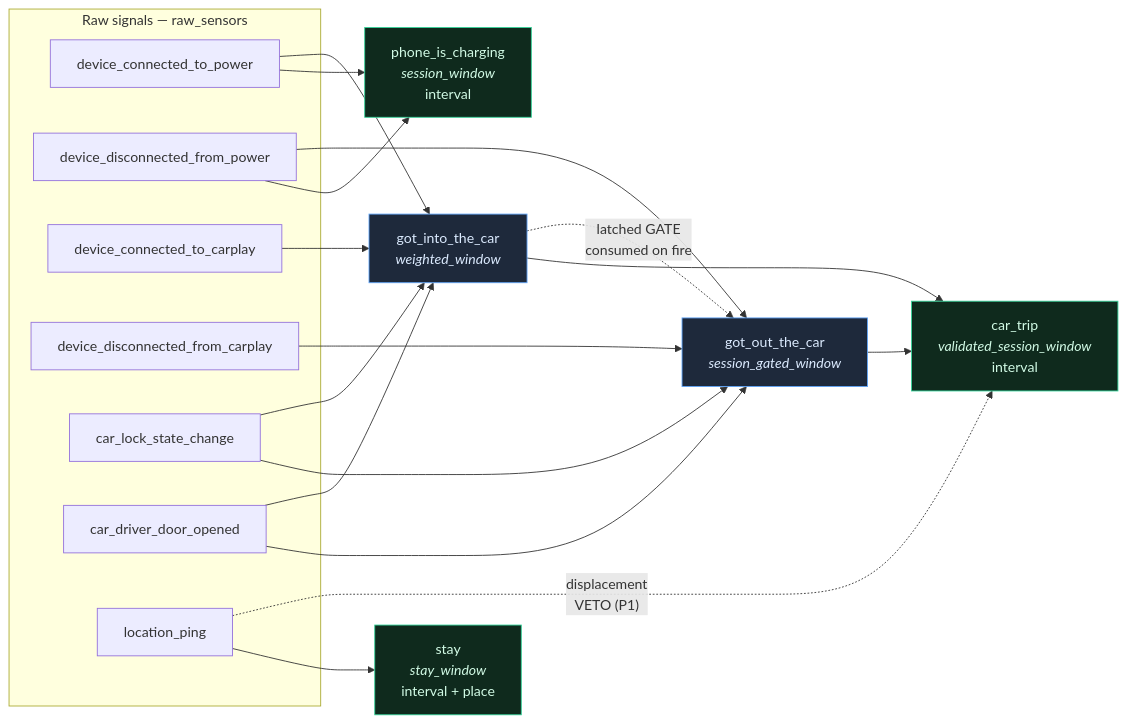
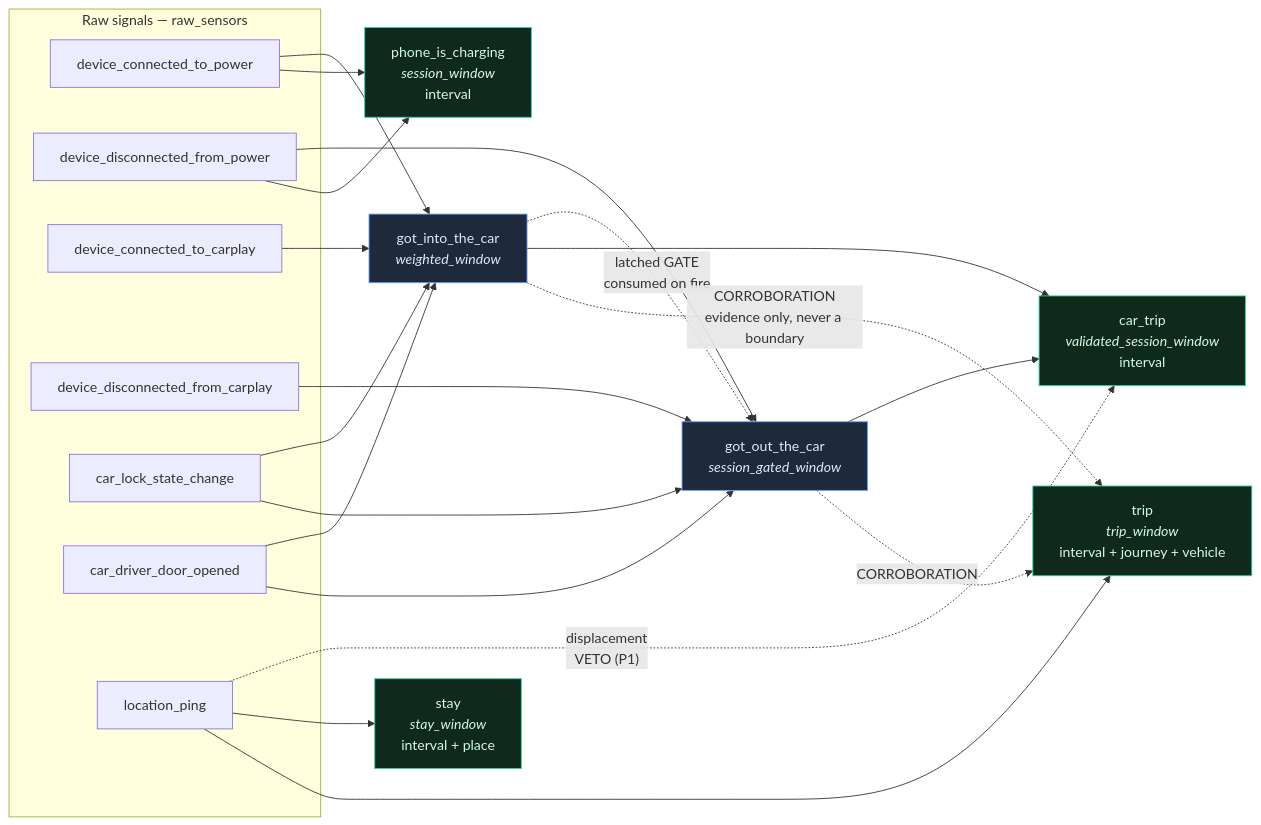
The sixth of 14 diagrams in doc/core.md (rodis/inference), drawn with Mermaid before and after one commit. The commit also changed other lines of this file and 11 other files, not shown here.

````diff
--- a/doc/core.md
+++ b/doc/core.md
@@ -475,42 +475,47 @@
 ```mermaid
 flowchart LR
     subgraph rawsig["Raw signals — raw_sensors"]
         pwr["device_connected_to_power"]
         upwr["device_disconnected_from_power"]
         cp["device_connected_to_carplay"]
         ucp["device_disconnected_from_carplay"]
         lock["car_lock_state_change"]
         door["car_driver_door_opened"]
         ping["location_ping"]
     end
 
     gin["got_into_the_car<br/><i>weighted_window</i>"]
     gout["got_out_the_car<br/><i>session_gated_window</i>"]
     trip["car_trip<br/><i>validated_session_window</i><br/>interval"]
     chg["phone_is_charging<br/><i>session_window</i><br/>interval"]
     stay["stay<br/><i>stay_window</i><br/>interval + place"]
+    gtrip["trip<br/><i>trip_window</i><br/>interval + journey + vehicle"]
 
     pwr --> gin
     cp --> gin
     lock --> gin
     door --> gin
 
     ucp --> gout
     lock --> gout
     upwr --> gout
     door --> gout
     gin -.->|"latched GATE<br/>consumed on fire"| gout
 
     gin --> trip
     gout --> trip
     ping -.->|"displacement<br/>VETO (P1)"| trip
     pwr --> chg
     upwr --> chg
     ping --> stay
+    ping --> gtrip
+    gin -.->|"CORROBORATION<br/>evidence only, never a boundary"| gtrip
+    gout -.->|"CORROBORATION"| gtrip
 
     style gin fill:#1e293b,stroke:#60a5fa,color:#dbeafe
     style gout fill:#1e293b,stroke:#60a5fa,color:#dbeafe
     style trip fill:#0f2a1d,stroke:#34d399,color:#d1fae5
     style chg fill:#0f2a1d,stroke:#34d399,color:#d1fae5
     style stay fill:#0f2a1d,stroke:#34d399,color:#d1fae5
+    style gtrip fill:#0f2a1d,stroke:#34d399,color:#d1fae5
 ```
````
